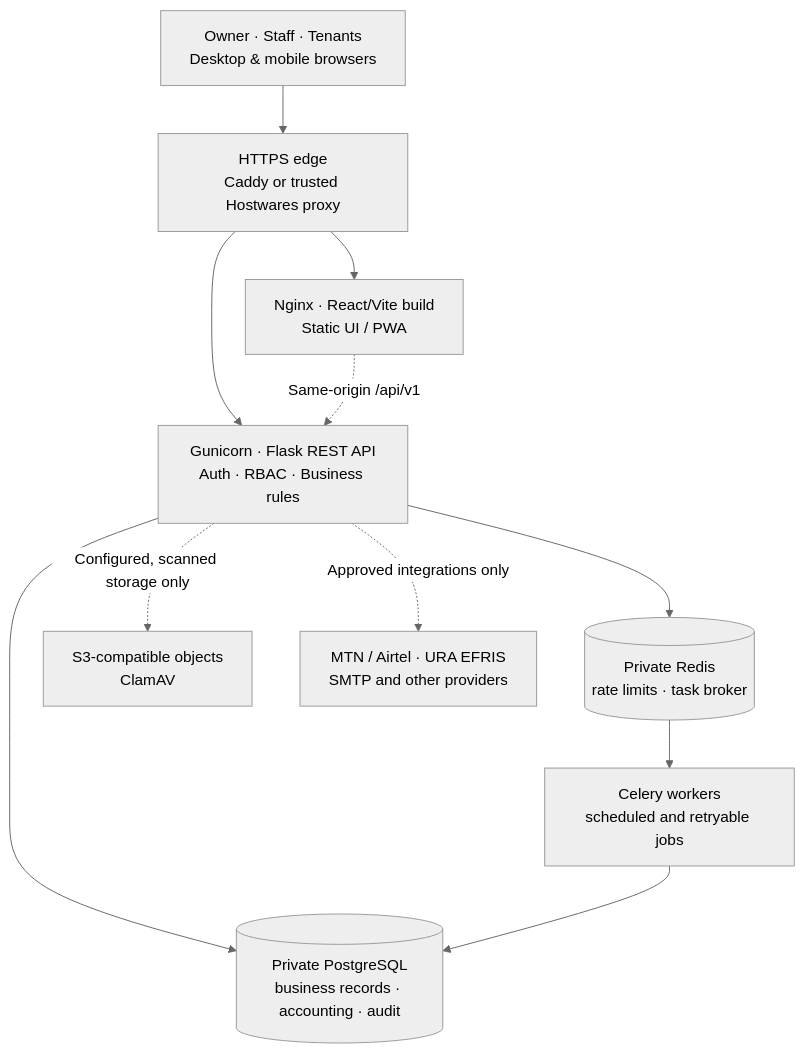
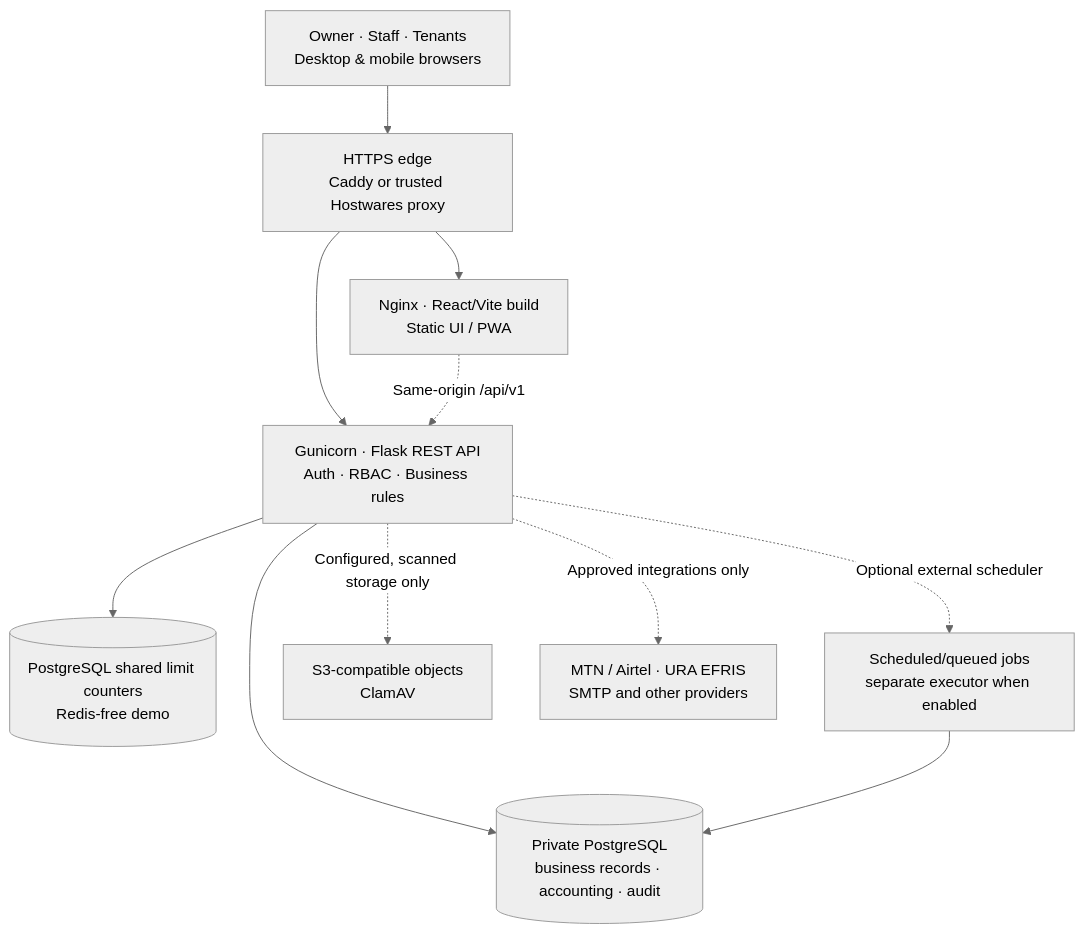
Before and after one commit to PerezChris99/Kats-Property-Management: the first of 3 diagrams in README.md, drawn with Mermaid (neutral theme). The commit also changed other lines of this file, not shown here.

Commit message:
docs: describe Redis-free PostgreSQL rate limiting and synchronous client demo without changing Hostwares release boundaries

```diff
--- a/README.md
+++ b/README.md
@@ -46,13 +46,13 @@
 ~~~mermaid
 flowchart TB
     USERS["Owner · Staff · Tenants<br/>Desktop & mobile browsers"] --> EDGE["HTTPS edge<br/>Caddy or trusted Hostwares proxy"]
     EDGE --> WEB["Nginx · React/Vite build<br/>Static UI / PWA"]
     EDGE --> API["Gunicorn · Flask REST API<br/>Auth · RBAC · Business rules"]
     WEB -. "Same-origin /api/v1" .-> API
     API --> DB[("Private PostgreSQL<br/>business records · accounting · audit")]
-    API --> REDIS[("Private Redis<br/>rate limits · task broker")]
-    REDIS --> WORKER["Celery workers<br/>scheduled and retryable jobs"]
+    API --> LIMITS[("PostgreSQL shared limit counters<br/>Redis-free demo")]
+    API -. "Optional external scheduler" .-> WORKER["Scheduled/queued jobs<br/>separate executor when enabled"]
     WORKER --> DB
     API -. "Configured, scanned storage only" .-> FILES["S3-compatible objects<br/>ClamAV"]
     API -. "Approved integrations only" .-> EXTERNAL["MTN / Airtel · URA EFRIS<br/>SMTP and other providers"]
 ~~~
```
